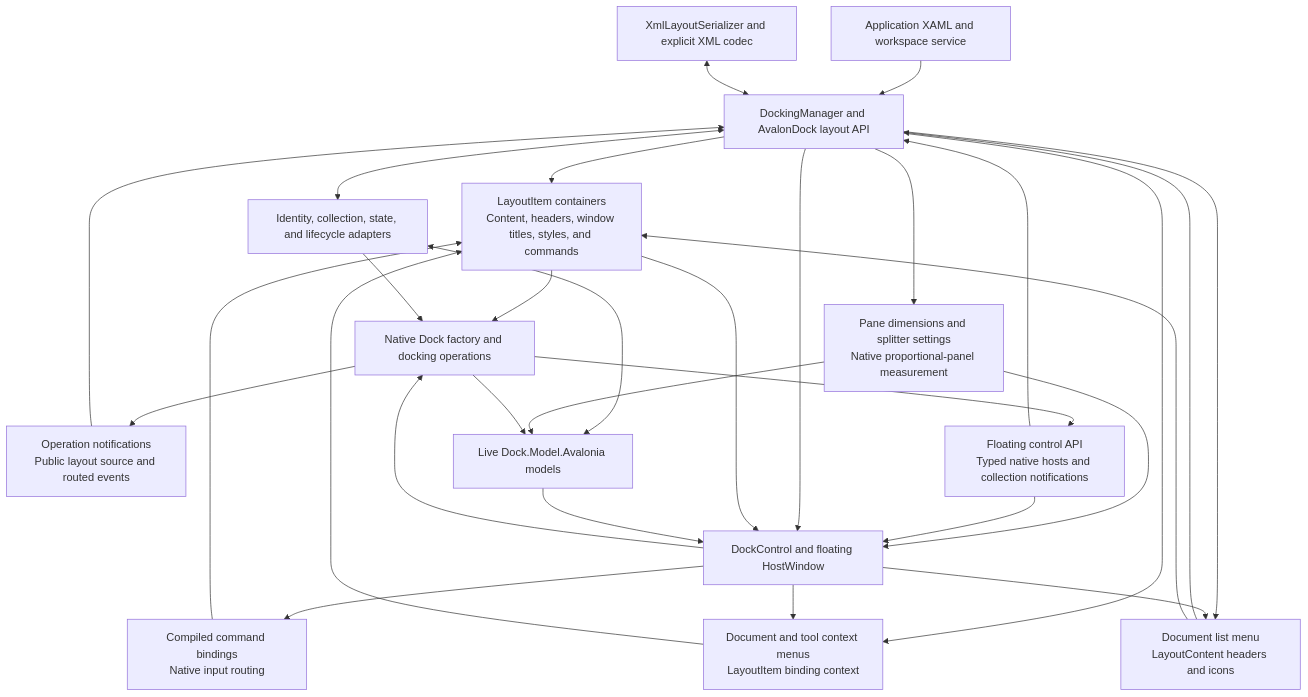
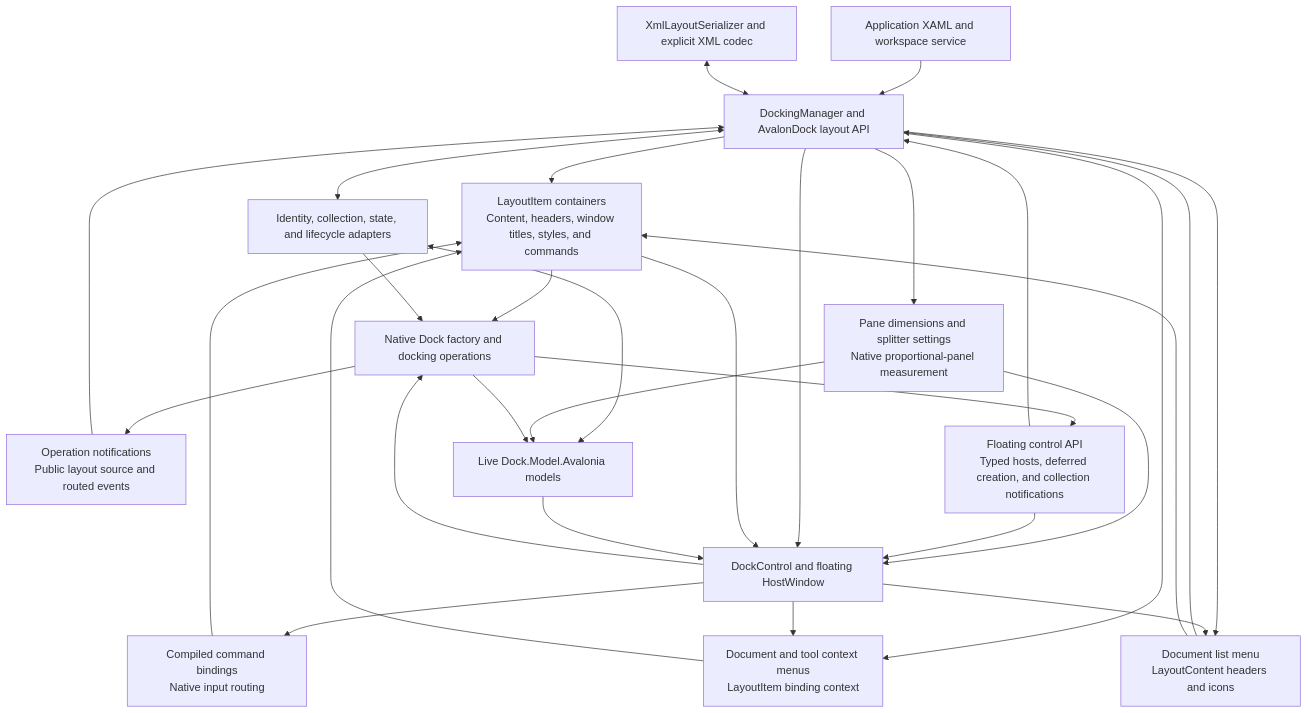
One commit to wieslawsoltes/Dock changed the diagram in src/Dock.Avalonia.AvalonDock/AVALONDOCK.md. Above: the diagram before and after it, drawn with Mermaid. The commit also changed other lines of this file and 12 other files, not shown here.

Commit message:
Create unshown AvalonDock windows through native Dock hosts

````diff
--- a/src/Dock.Avalonia.AvalonDock/AVALONDOCK.md
+++ b/src/Dock.Avalonia.AvalonDock/AVALONDOCK.md
@@ -298,46 +314,46 @@
 ```mermaid
 flowchart TB
     App["Application XAML and workspace service"]
     Api["DockingManager and AvalonDock layout API"]
     Items["LayoutItem containers<br/>Content, headers, window titles, styles, and commands"]
     Commands["Compiled command bindings<br/>Native input routing"]
     Menus["Document and tool context menus<br/>LayoutItem binding context"]
     DocumentList["Document list menu<br/>LayoutContent headers and icons"]
     Bridge["Identity, collection, state, and lifecycle adapters"]
     Events["Operation notifications<br/>Public layout source and routed events"]
-    Hosts["Floating control API<br/>Typed native hosts and collection notifications"]
+    Hosts["Floating control API<br/>Typed hosts, deferred creation, and collection notifications"]
     Sizing["Pane dimensions and splitter settings<br/>Native proportional-panel measurement"]
     Models["Live Dock.Model.Avalonia models"]
     Factory["Native Dock factory and docking operations"]
     View["DockControl and floating HostWindow"]
     Xml["XmlLayoutSerializer and explicit XML codec"]
     App --> Api
     Api --> Items
     Items --> Factory
     Api <--> Bridge
     Bridge <--> Models
     Api --> Sizing
     Sizing --> Models
     Sizing --> View
     Bridge --> Factory
     Factory --> Models
     Factory --> Events
     Events --> Api
     Factory --> Hosts
     Hosts --> View
     Hosts --> Api
     Api --> View
     Items --> View
     View --> Commands
     Commands --> Items
     Api --> Menus
     View --> Menus
     Menus --> Items
     Api --> DocumentList
     View --> DocumentList
     DocumentList --> Api
     DocumentList --> Items
     Models --> View
     View --> Factory
     Xml <--> Api
 ```
````
